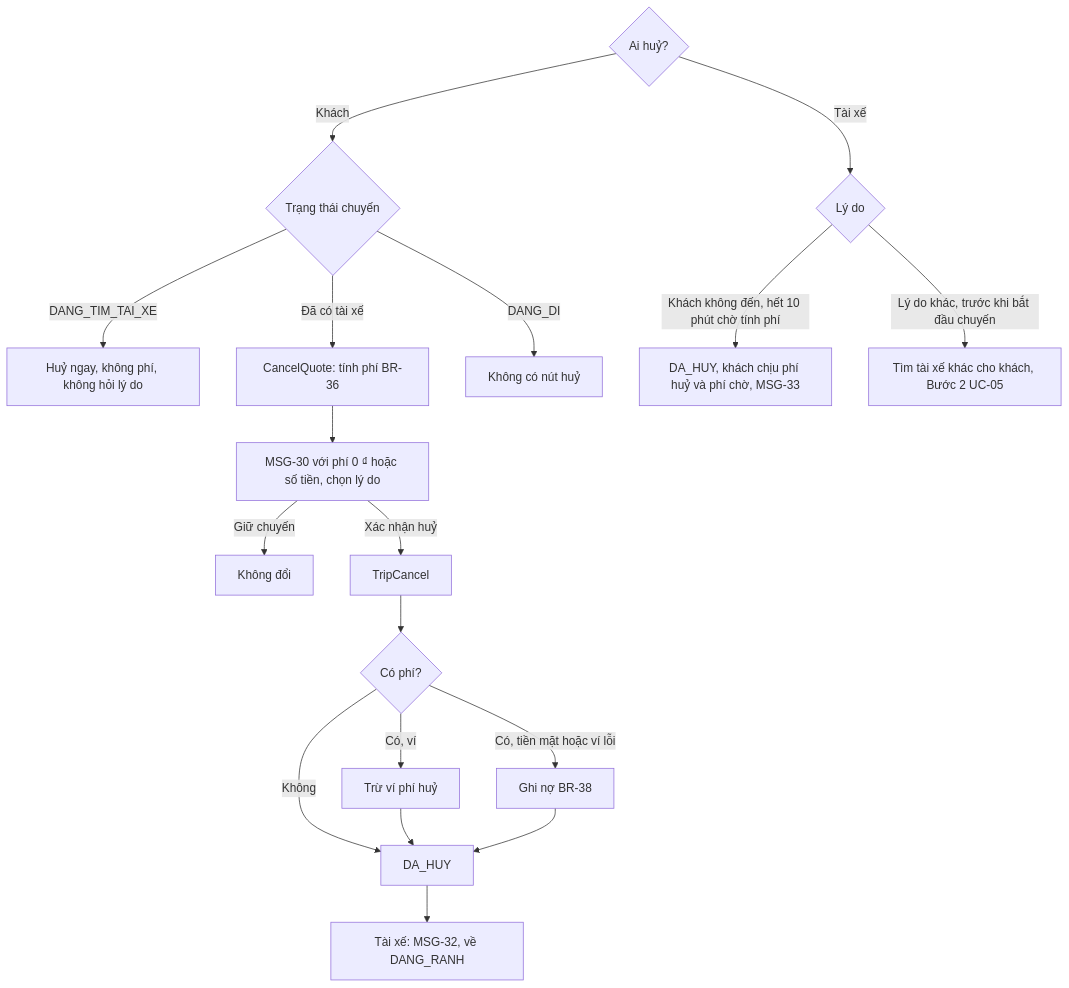
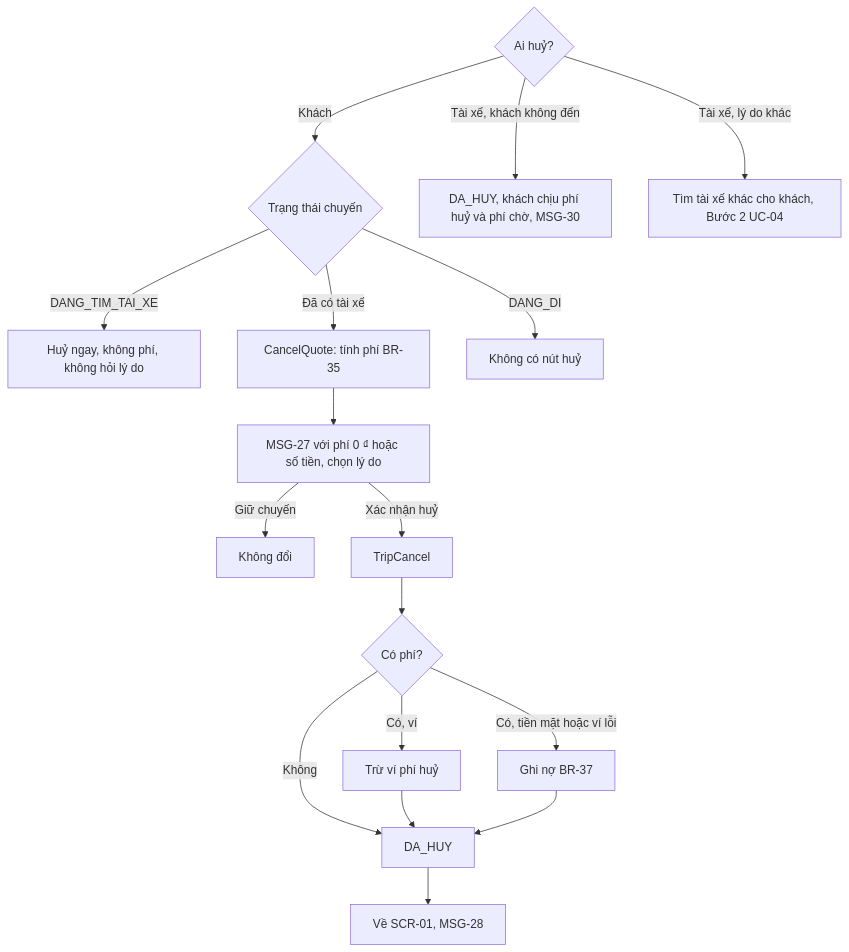
Diagram 14 of 20 in docs/SRS.md (uxfoundation-vn/de05-dat-xe-cho-khach), drawn with Mermaid before and after one commit. The commit also changed other lines of this file and 2 other files, not shown here.

First line of the commit message:
Đề 5: chỉ giữ luồng của khách

````diff
--- a/docs/SRS.md
+++ b/docs/SRS.md
@@ -776,18 +684,17 @@
 ```mermaid
 flowchart TD
   A{"Ai huỷ?"} -->|Khách| B{"Trạng thái chuyến"}
   B -->|DANG_TIM_TAI_XE| C["Huỷ ngay, không phí, không hỏi lý do"]
-  B -->|Đã có tài xế| D["CancelQuote: tính phí BR-36"]
-  D --> E["MSG-30 với phí 0 ₫ hoặc số tiền, chọn lý do"]
+  B -->|Đã có tài xế| D["CancelQuote: tính phí BR-35"]
+  D --> E["MSG-27 với phí 0 ₫ hoặc số tiền, chọn lý do"]
   E -->|Giữ chuyến| F["Không đổi"]
   E -->|Xác nhận huỷ| G["TripCancel"]
   G --> H{"Có phí?"}
   H -->|Không| I["DA_HUY"]
   H -->|Có, ví| J["Trừ ví phí huỷ"] --> I
-  H -->|Có, tiền mặt hoặc ví lỗi| K["Ghi nợ BR-38"] --> I
-  I --> L["Tài xế: MSG-32, về DANG_RANH"]
-  A -->|Tài xế| M{"Lý do"}
-  M -->|Khách không đến, hết 10 phút chờ tính phí| N["DA_HUY, khách chịu phí huỷ và phí chờ, MSG-33"]
-  M -->|Lý do khác, trước khi bắt đầu chuyến| O["Tìm tài xế khác cho khách, Bước 2 UC-05"]
+  H -->|Có, tiền mặt hoặc ví lỗi| K["Ghi nợ BR-37"] --> I
+  I --> L["Về SCR-01, MSG-28"]
+  A -->|Tài xế, khách không đến| N["DA_HUY, khách chịu phí huỷ và phí chờ, MSG-30"]
+  A -->|Tài xế, lý do khác| O["Tìm tài xế khác cho khách, Bước 2 UC-04"]
   B -->|DANG_DI| P["Không có nút huỷ"]
 ```
````
